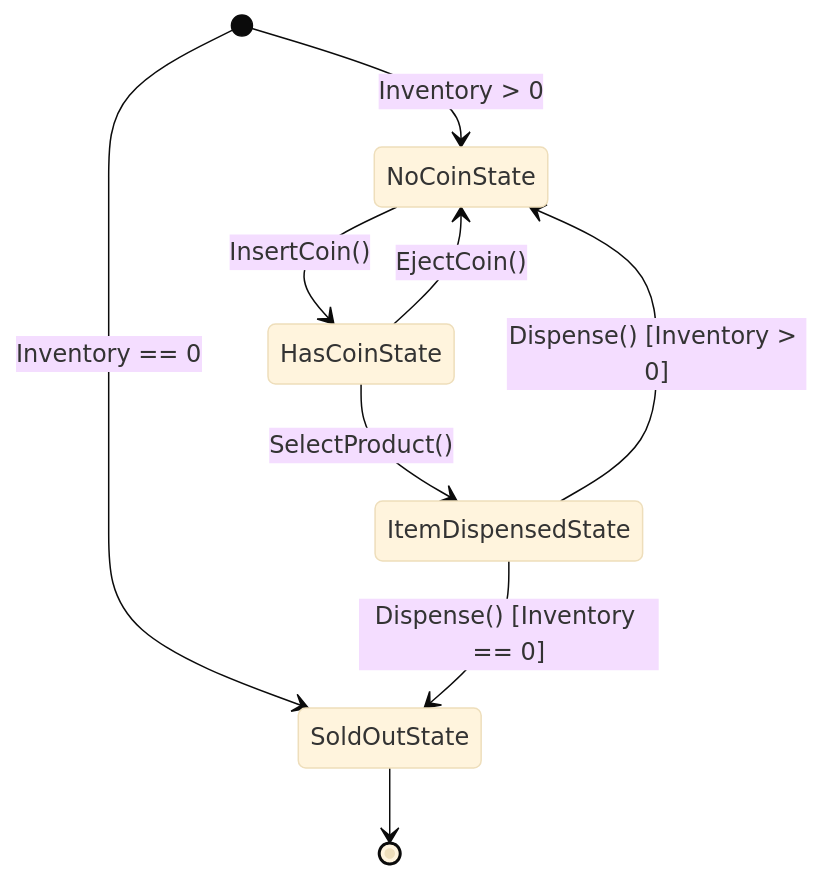
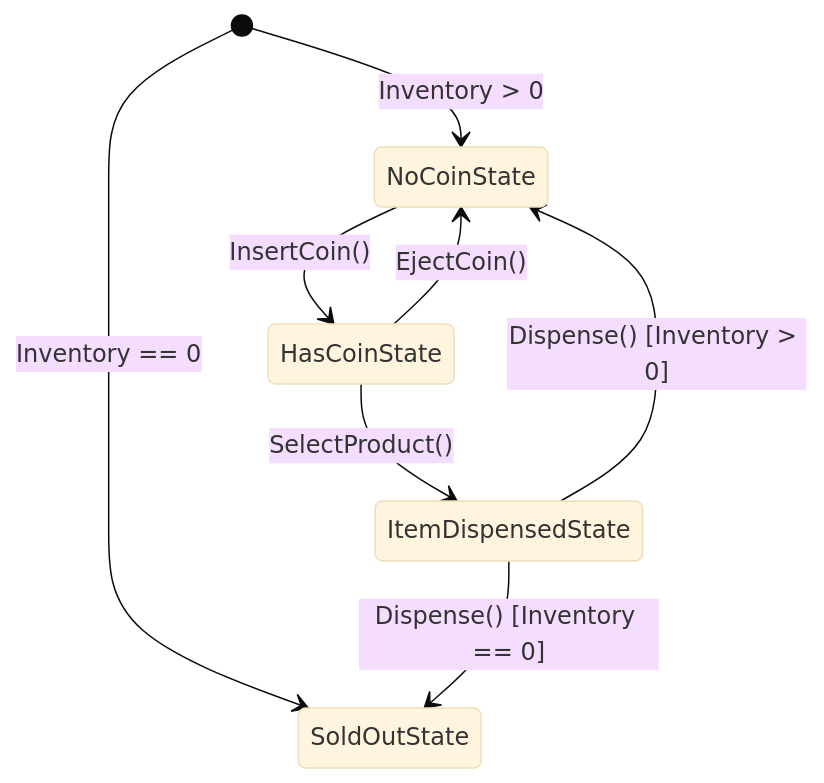
One commit to Anunay16/LLD-in-Go changed the second of 2 diagrams in design_patterns/state_pattern/README.md. Above: the diagram before and after it, drawn with Mermaid (base theme). The commit also changed other lines of this file and 5 other files, not shown here.

````diff
--- a/design_patterns/state_pattern/README.md
+++ b/design_patterns/state_pattern/README.md
@@ -63,14 +83,12 @@
 ```mermaid
 stateDiagram-v2
     [*] --> NoCoinState : Inventory > 0
     [*] --> SoldOutState : Inventory == 0
 
     NoCoinState --> HasCoinState : InsertCoin()
     HasCoinState --> NoCoinState : EjectCoin()
     HasCoinState --> ItemDispensedState : SelectProduct()
     
     ItemDispensedState --> NoCoinState : Dispense() [Inventory > 0]
     ItemDispensedState --> SoldOutState : Dispense() [Inventory == 0]
-    
-    SoldOutState --> [*]
 ```
````
